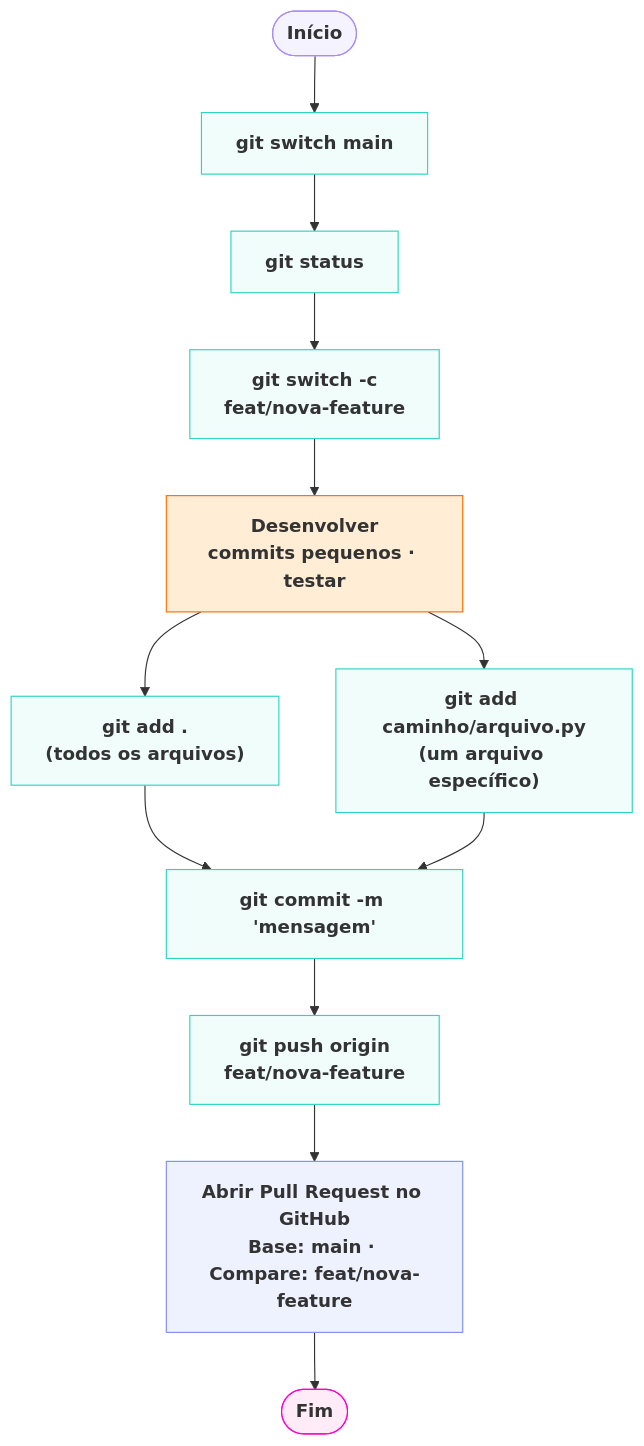
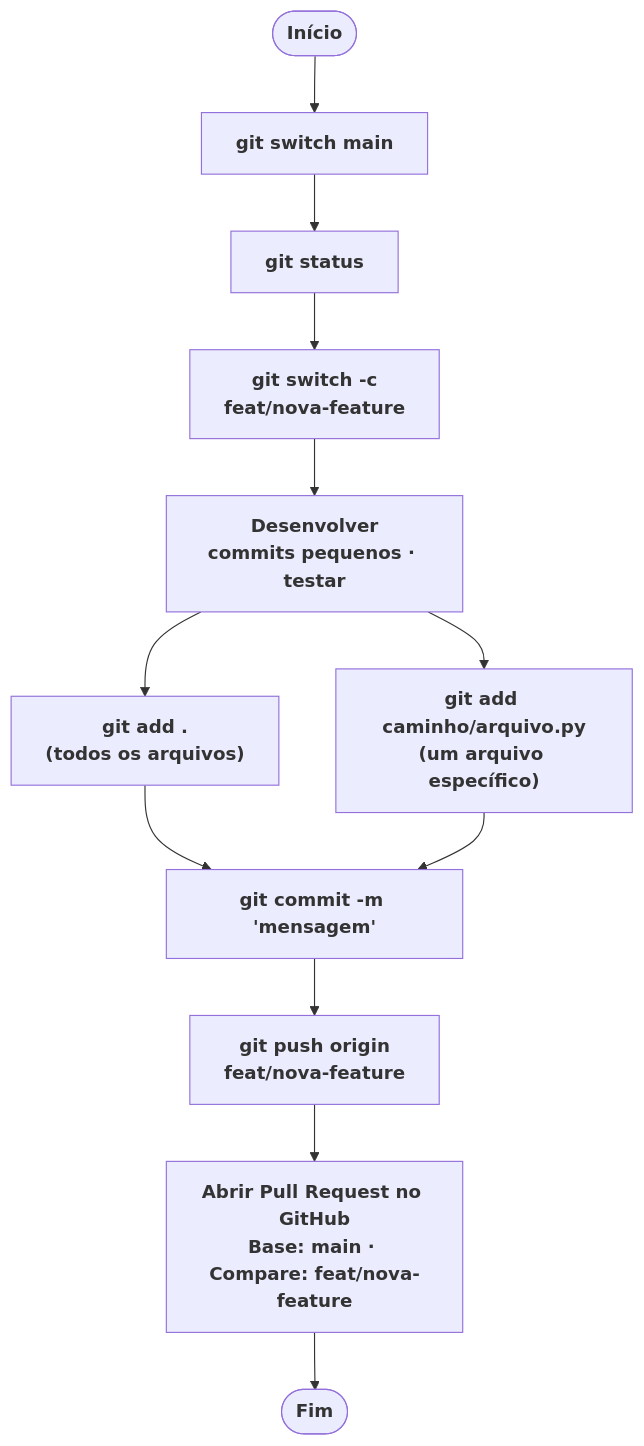
One commit to splor-mg/trilha-dev changed the diagram in docs/guia/git.md. Above: the diagram before and after it, drawn with Mermaid.

Commit message:
Exclui config de cores em fluxo mermaid.

````diff
--- a/docs/guia/git.md
+++ b/docs/guia/git.md
@@ -126,31 +126,26 @@
     ```mermaid
      flowchart TB
         A(["`**Início**`"]) --> B["`**git switch main**`"]
         B --> S["`**git status**`"]
         S --> C["`**git switch -c<br>feat/nova-feature**`"]
         C --> D["`**Desenvolver<br>commits pequenos · testar**`"]
         D --> E1["`**git add .<br>(todos os arquivos)**`"]
         D --> E2["`**git add caminho/arquivo.py<br>(um arquivo específico)**`"]
         E1 --> F["`**git commit -m 'mensagem'**`"]
         E2 --> F
         F --> G["`**git push origin<br>feat/nova-feature**`"]
         G --> H["`**Abrir Pull Request no GitHub<br>Base: main · Compare: feat/nova-feature**`"]
         H --> I(["`**Fim**`"])
 
         A:::terminal
         B:::git
         S:::git
         C:::git
         D:::etapa
         E1:::git
         E2:::git
         F:::git
         G:::git
         H:::etapa
         I:::terminal
-        classDef etapa stroke:#818cf8,fill:#eef2ff
-        classDef git stroke:#2dd4bf,fill:#f0fdfa
-        classDef terminal stroke:#a78bfa,fill:#f5f3ff
-        style D stroke:#FF6D00,fill:#ffeed5
-        style I stroke:#ff00cc,fill:#ffccec61
     ```
````
